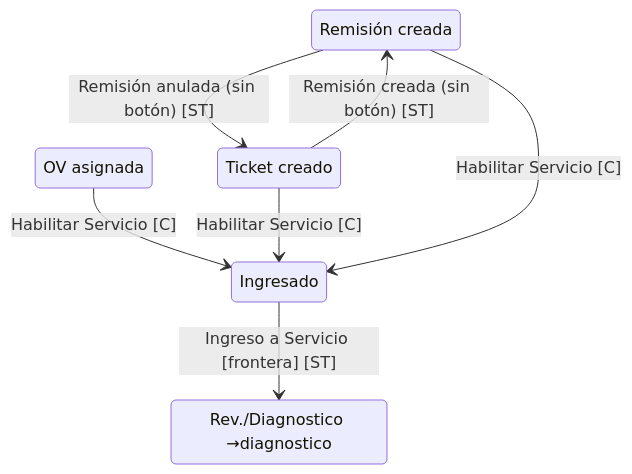
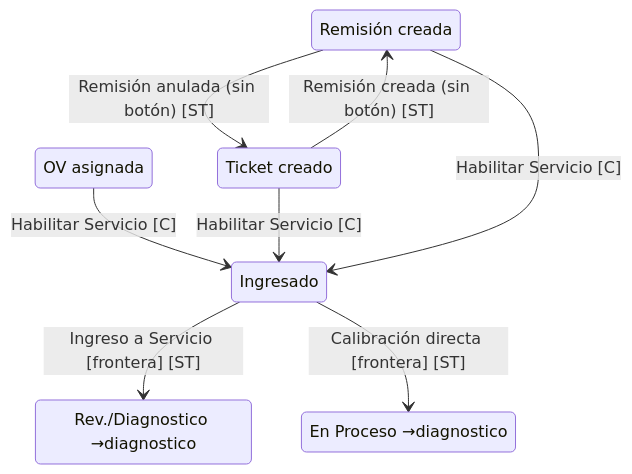
One commit to Algarpibe/ambientalia-desk changed the diagram in docs/artefactos/blueprint-fase-1-entrada.md. Above: the diagram before and after it, drawn with Mermaid. The commit also changed 31 other files, not shown here.

````diff
--- a/docs/artefactos/blueprint-fase-1-entrada.md
+++ b/docs/artefactos/blueprint-fase-1-entrada.md
@@ -9,14 +9,16 @@
 ```mermaid
 stateDiagram-v2
     state "Remisión creada" as e11
     state "Ingresado" as e12
     state "Rev./Diagnostico →diagnostico" as e13
+    state "En Proceso →diagnostico" as e15
     state "OV asignada" as e19
     state "Ticket creado" as e20
     e19 --> e12 : Habilitar Servicio [C]
     e20 --> e12 : Habilitar Servicio [C]
     e11 --> e12 : Habilitar Servicio [C]
     e12 --> e13 : Ingreso a Servicio [frontera] [ST]
+    e12 --> e15 : Calibración directa [frontera] [ST]
     e20 --> e11 : Remisión creada (sin botón) [ST]
     e11 --> e20 : Remisión anulada (sin botón) [ST]
 ```
````
